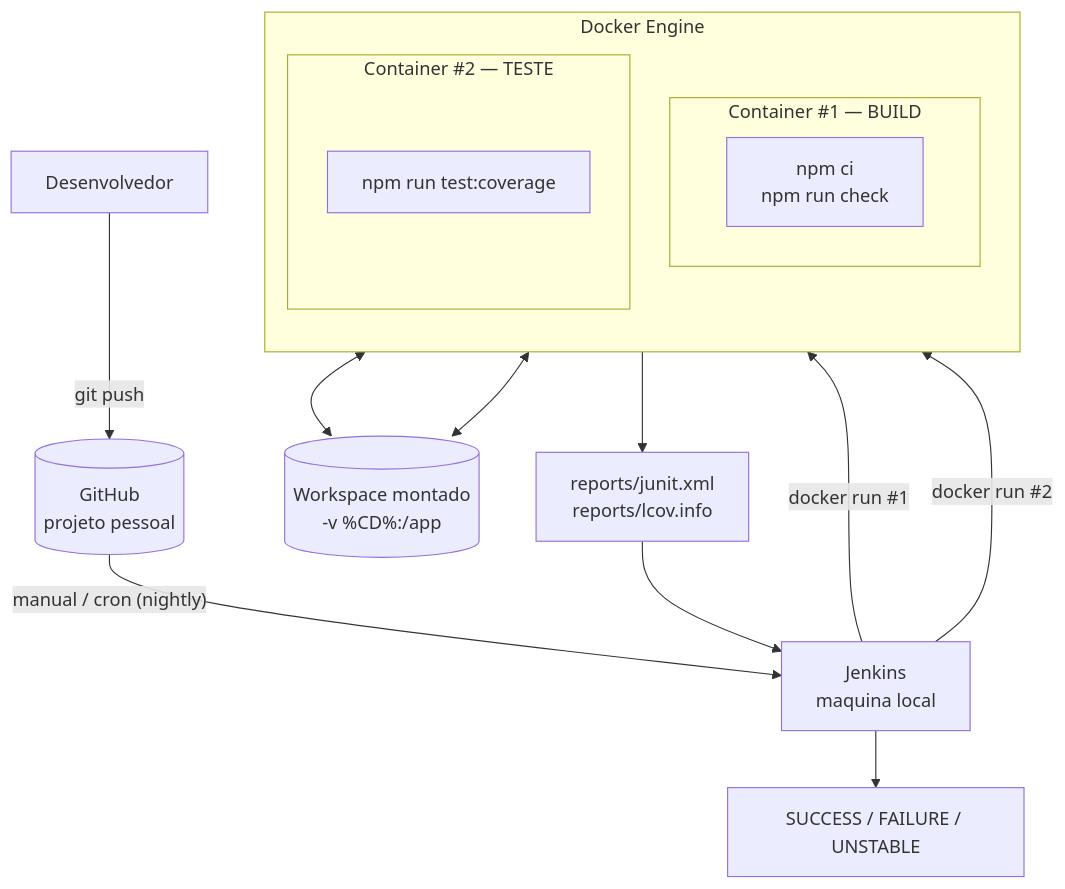
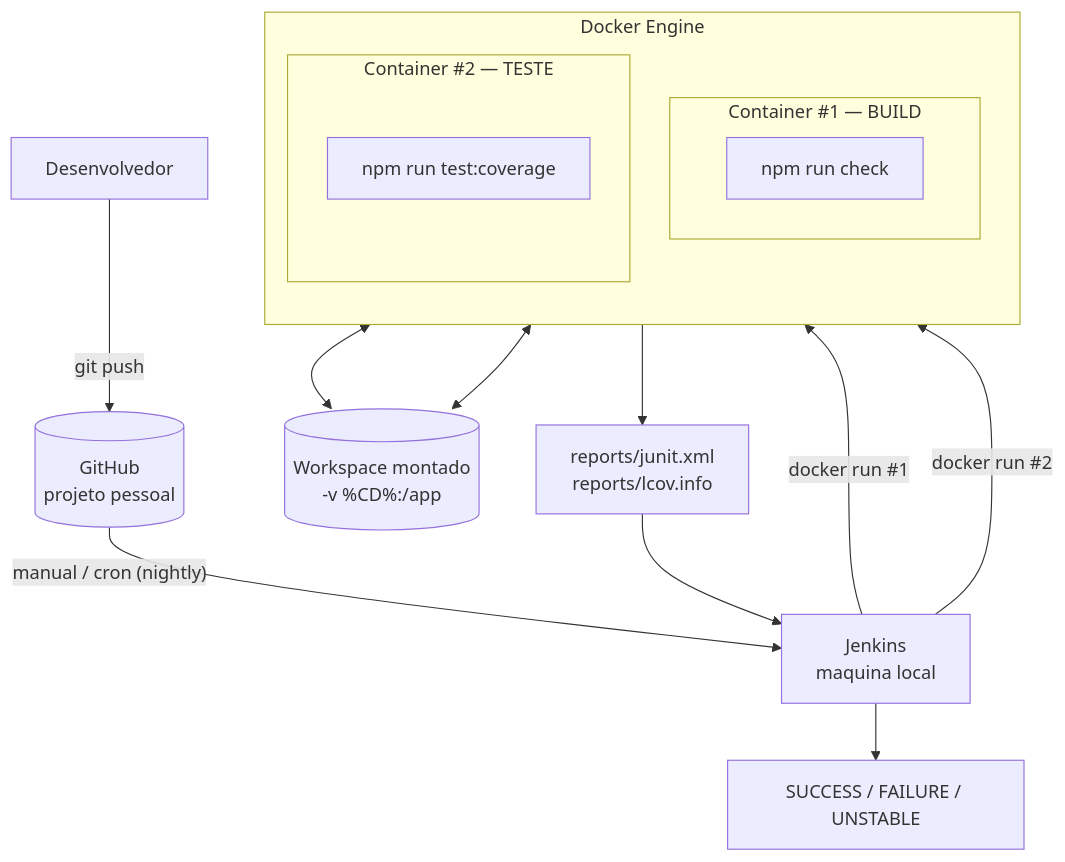
Before and after one commit to DanielTrindade/jenkins-trabalho: the diagram in README.md, drawn with Mermaid. The commit also changed other lines of this file and 5 other files, not shown here.

````diff
--- a/README.md
+++ b/README.md
@@ -13,24 +13,24 @@
 ```mermaid
 flowchart TD
     Dev[Desenvolvedor] -->|git push| GH[(GitHub<br/>projeto pessoal)]
     GH -->|"manual / cron (nightly)"| J[Jenkins<br/>maquina local]
 
     J -->|"docker run #1"| BuildC
     J -->|"docker run #2"| TestC
 
     subgraph Docker["Docker Engine"]
         direction TB
         subgraph BuildC["Container #1 — BUILD"]
-            B[npm ci<br/>npm run check]
+            B[npm run check]
         end
         subgraph TestC["Container #2 — TESTE"]
             T[npm run test:coverage]
         end
     end
 
     WS[(Workspace montado<br/>-v %CD%:/app)]
     BuildC <--> WS
     TestC <--> WS
     T --> R[reports/junit.xml<br/>reports/lcov.info]
     R --> J --> Result["SUCCESS / FAILURE / UNSTABLE"]
 ```
````
